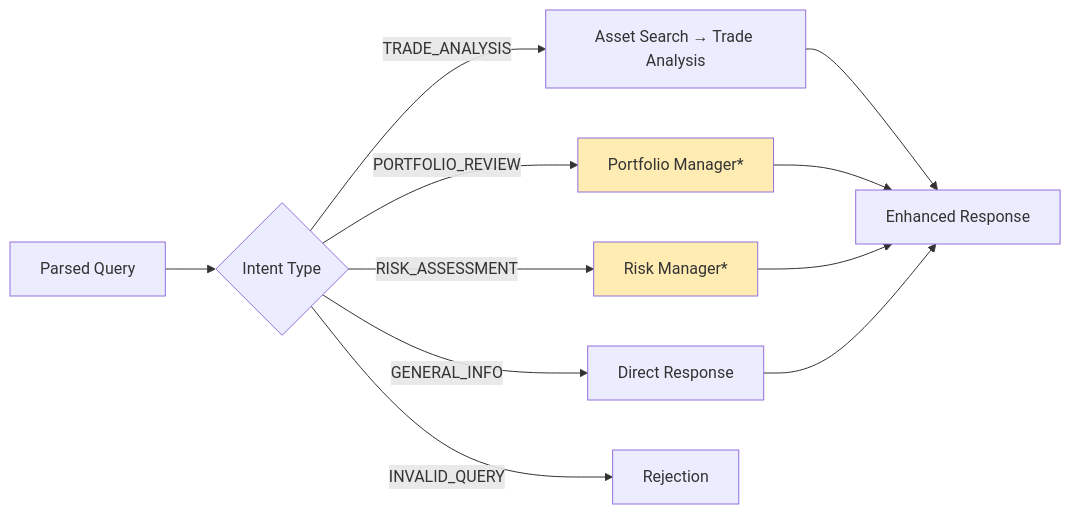
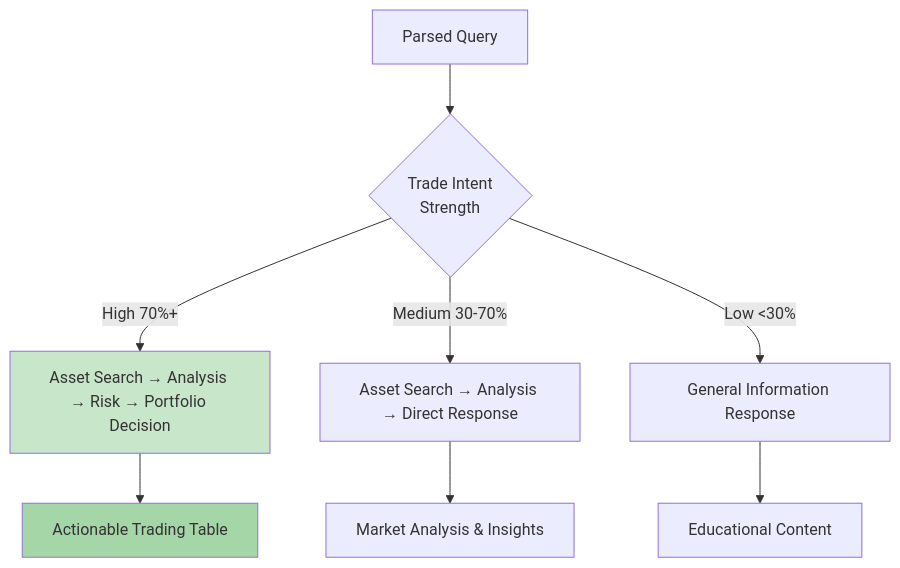
One commit to agentuity/agent-hedgefund changed the second of 2 diagrams in README.md. Above: the diagram before and after it, drawn with Mermaid. The commit also changed other lines of this file, not shown here.

````diff
--- a/README.md
+++ b/README.md
@@ -168,18 +239,15 @@
 ```mermaid
-graph LR
-    A[Parsed Query] --> B{Intent Type}
+graph TD
+    A[Parsed Query] --> B{Trade Intent<br/>Strength}
     
-    B -->|TRADE_ANALYSIS| C[Asset Search → Trade Analysis]
-    B -->|PORTFOLIO_REVIEW| D[Portfolio Manager*]
-    B -->|RISK_ASSESSMENT| E[Risk Manager*]
-    B -->|GENERAL_INFO| F[Direct Response]
-    B -->|INVALID_QUERY| G[Rejection]
+    B -->|High 70%+| C[Asset Search → Analysis → Risk → Portfolio Decision]
+    B -->|Medium 30-70%| D[Asset Search → Analysis → Direct Response]
+    B -->|Low <30%| E[General Information Response]
     
-    C --> H[Enhanced Response]
-    D --> H
-    E --> H
-    F --> H
+    C --> F[Actionable Trading Table]
+    D --> G[Market Analysis & Insights]
+    E --> H[Educational Content]
     
-    style D fill:#ffecb3
-    style E fill:#ffecb3
+    style C fill:#c8e6c9
+    style F fill:#a5d6a7
 ```
````
